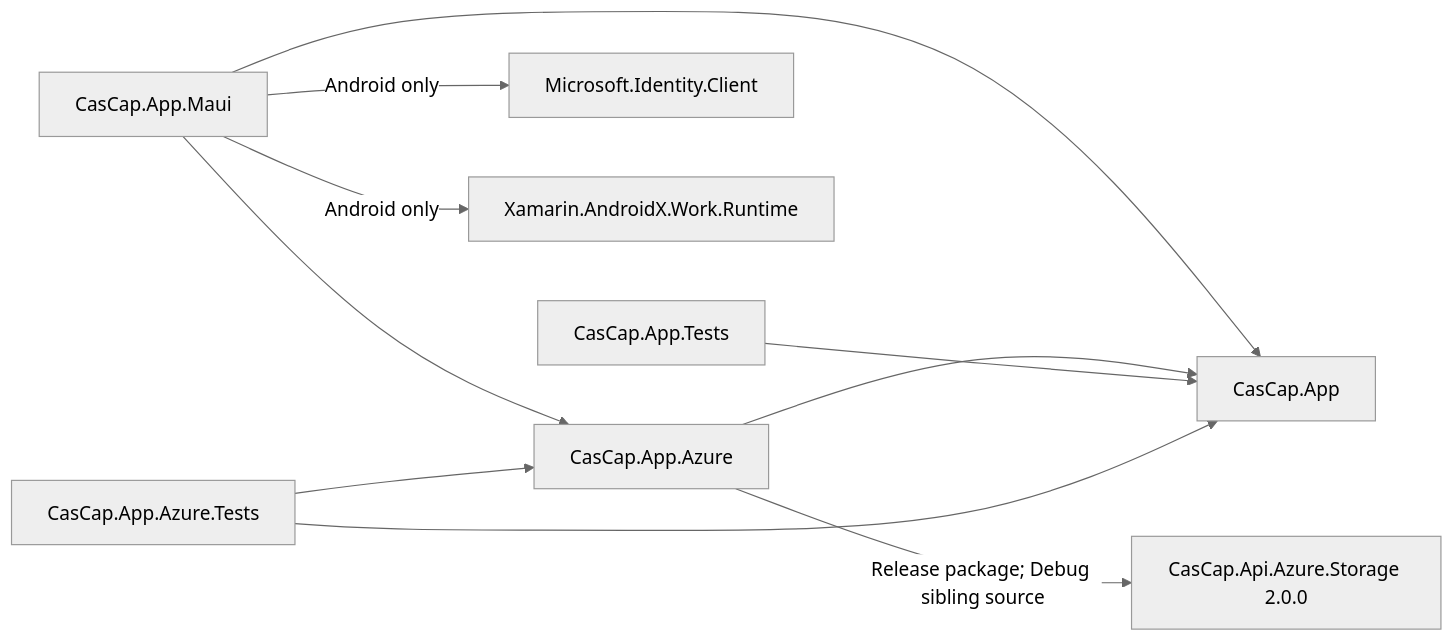
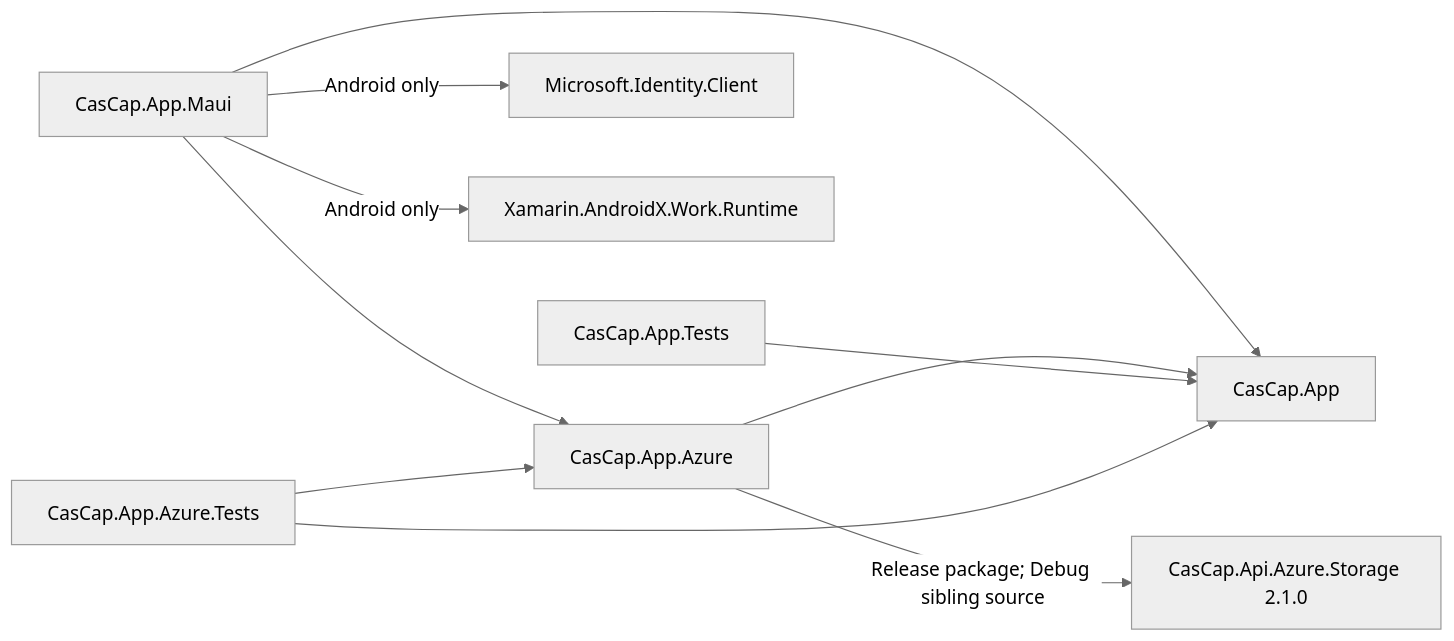
One commit to f2calv/android-dcim-cloud-sync changed the second of 3 diagrams in docs/architecture.md. Above: the diagram before and after it, drawn with Mermaid (neutral theme). The commit also changed 23 other files, not shown here.

````diff
--- a/docs/architecture.md
+++ b/docs/architecture.md
@@ -32,12 +32,12 @@
 ```mermaid
 graph LR
     App["CasCap.App.Maui"] --> Core["CasCap.App"]
     App --> Azure["CasCap.App.Azure"]
     App -->|Android only| Msal["Microsoft.Identity.Client"]
     App -->|Android only| Work["Xamarin.AndroidX.Work.Runtime"]
     Azure --> Core
-    Azure -->|Release package; Debug sibling source| Library["CasCap.Api.Azure.Storage 2.0.0"]
+    Azure -->|Release package; Debug sibling source| Library["CasCap.Api.Azure.Storage 2.1.0"]
     CoreTests["CasCap.App.Tests"] --> Core
     AzureTests["CasCap.App.Azure.Tests"] --> Azure
     AzureTests --> Core
 ```
````
